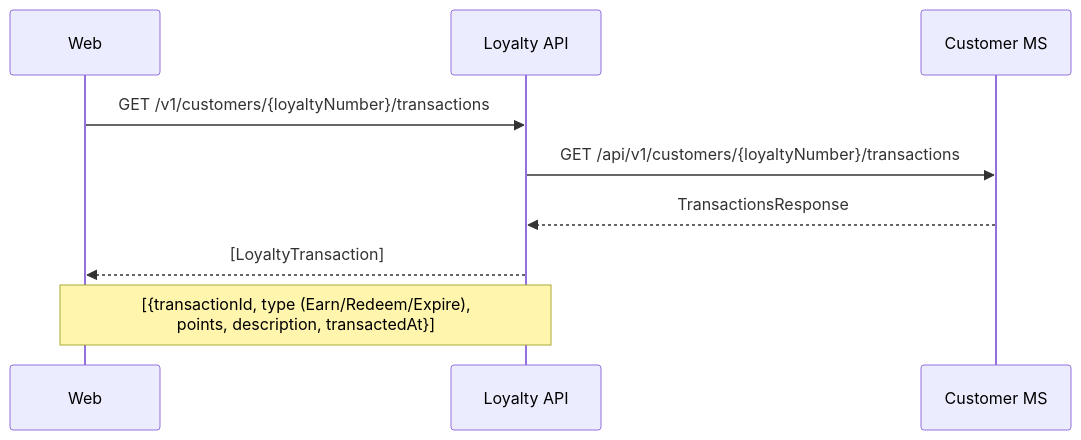
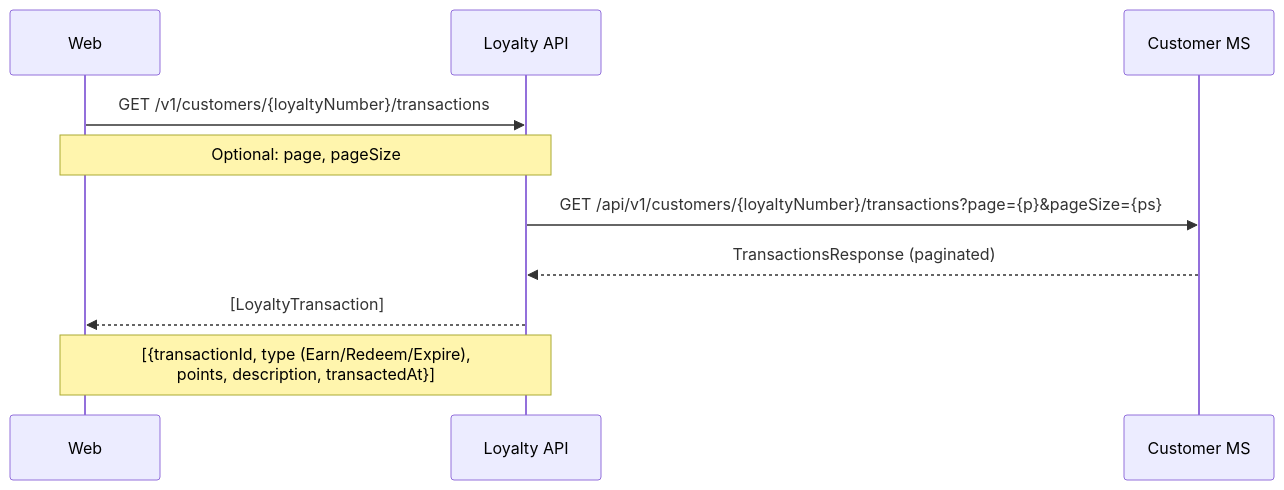
The fifth of 11 diagrams in documentation/sequences/customer.md (sebharvey/airline-reservation-system), drawn with Mermaid before and after one commit. The commit also changed other lines of this file and 11 other files, not shown here.

````diff
--- a/documentation/sequences/customer.md
+++ b/documentation/sequences/customer.md
@@ -78,12 +78,13 @@
 ```mermaid
 sequenceDiagram
     participant Web
     participant LoyaltyAPI as Loyalty API
     participant CustomerMS as Customer MS
 
     Web->>LoyaltyAPI: GET /v1/customers/{loyaltyNumber}/transactions
-    LoyaltyAPI->>CustomerMS: GET /api/v1/customers/{loyaltyNumber}/transactions
-    CustomerMS-->>LoyaltyAPI: TransactionsResponse
+    Note over Web,LoyaltyAPI: Optional: page, pageSize
+    LoyaltyAPI->>CustomerMS: GET /api/v1/customers/{loyaltyNumber}/transactions?page={p}&pageSize={ps}
+    CustomerMS-->>LoyaltyAPI: TransactionsResponse (paginated)
     LoyaltyAPI-->>Web: [LoyaltyTransaction]
     Note over LoyaltyAPI,Web: [{transactionId, type (Earn/Redeem/Expire),<br/>points, description, transactedAt}]
 ```
````
